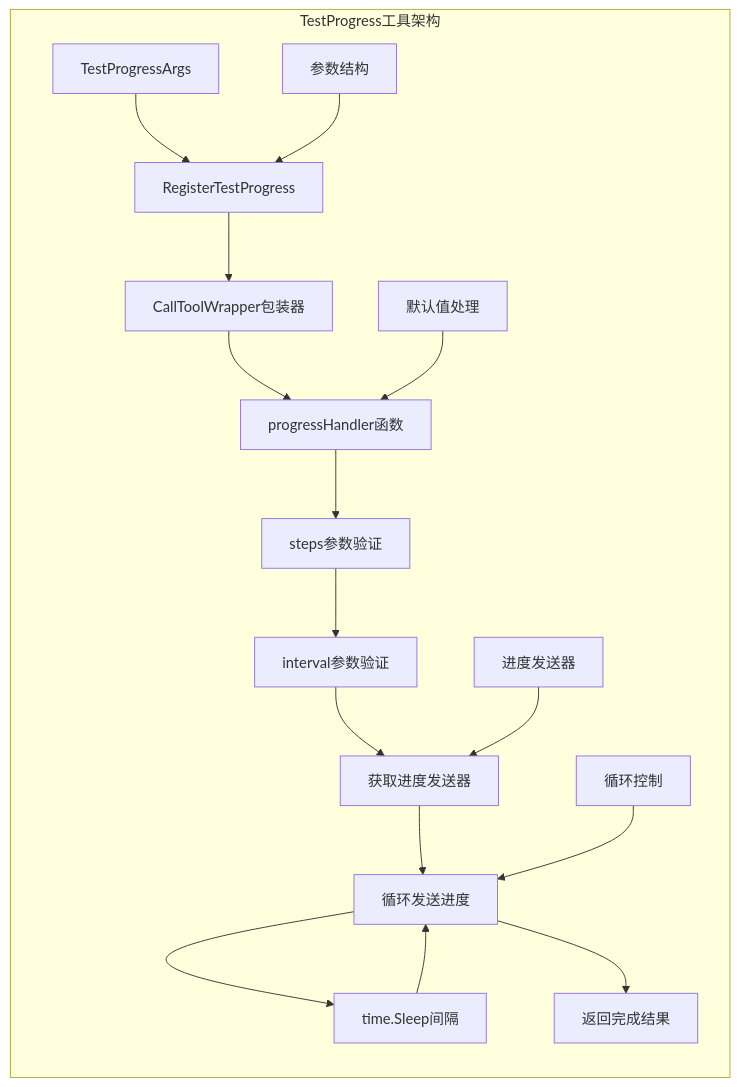
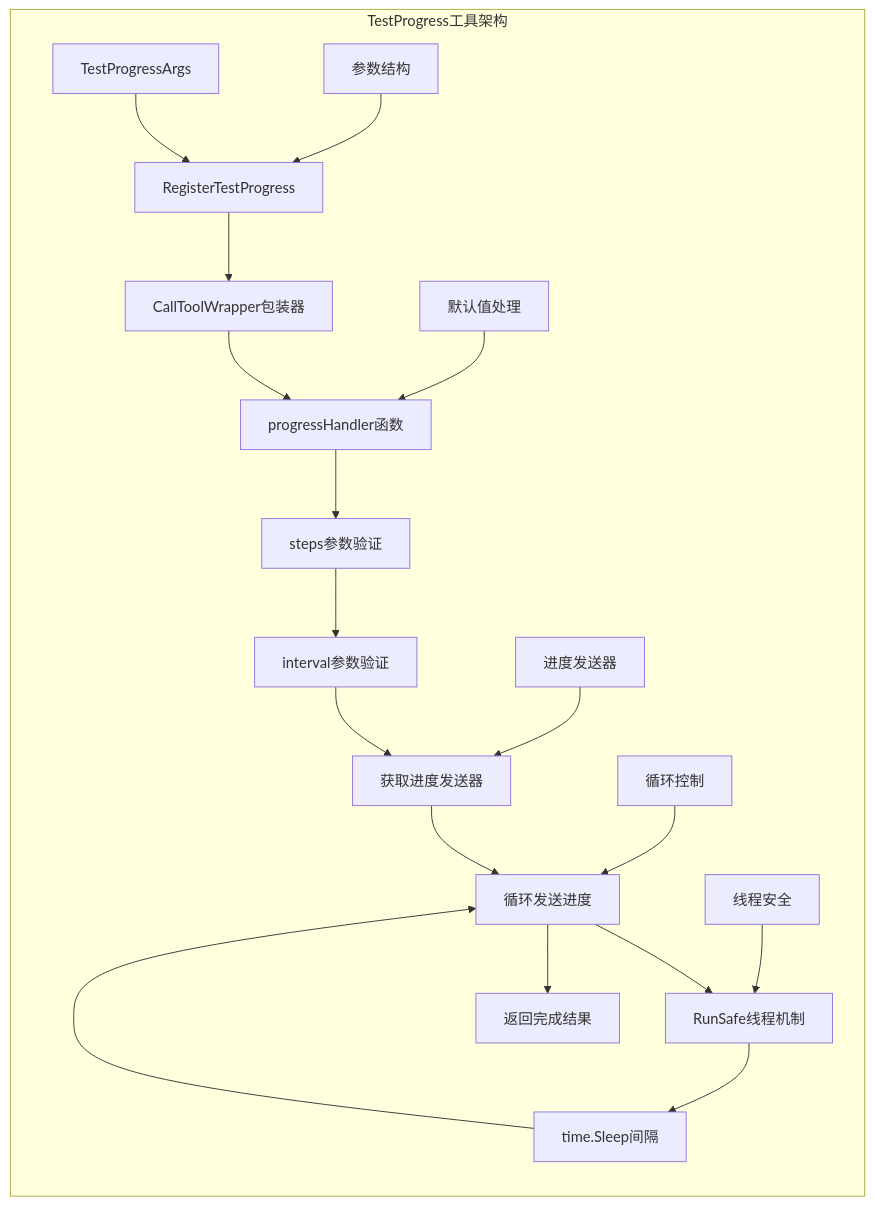
The ninth of 17 diagrams in .qoder/repowiki/zh/content/AI应用模块/MCP服务器.md (maomao94/zero-service), drawn with Mermaid before and after one commit. The commit also changed other lines of this file and 58 other files, not shown here.

````diff
--- a/.qoder/repowiki/zh/content/AI应用模块/MCP服务器.md
+++ b/.qoder/repowiki/zh/content/AI应用模块/MCP服务器.md
@@ -562,19 +542,21 @@
 ```mermaid
 graph LR
 subgraph "TestProgress工具架构"
 A["TestProgressArgs"] --> B["RegisterTestProgress"]
 B --> C["CallToolWrapper包装器"]
 C --> D["progressHandler函数"]
 D --> E["steps参数验证"]
 E --> F["interval参数验证"]
 F --> G["获取进度发送器"]
 G --> H["循环发送进度"]
-H --> I["time.Sleep间隔"]
-I --> H
-H --> J["返回完成结果"]
+H --> I["RunSafe线程机制"]
+I --> J["time.Sleep间隔"]
+J --> H
+H --> K["返回完成结果"]
 A2["参数结构"] --> B
 A3["默认值处理"] --> D
 A4["进度发送器"] --> G
 A5["循环控制"] --> H
+A6["线程安全"] --> I
 end
 ```
````
